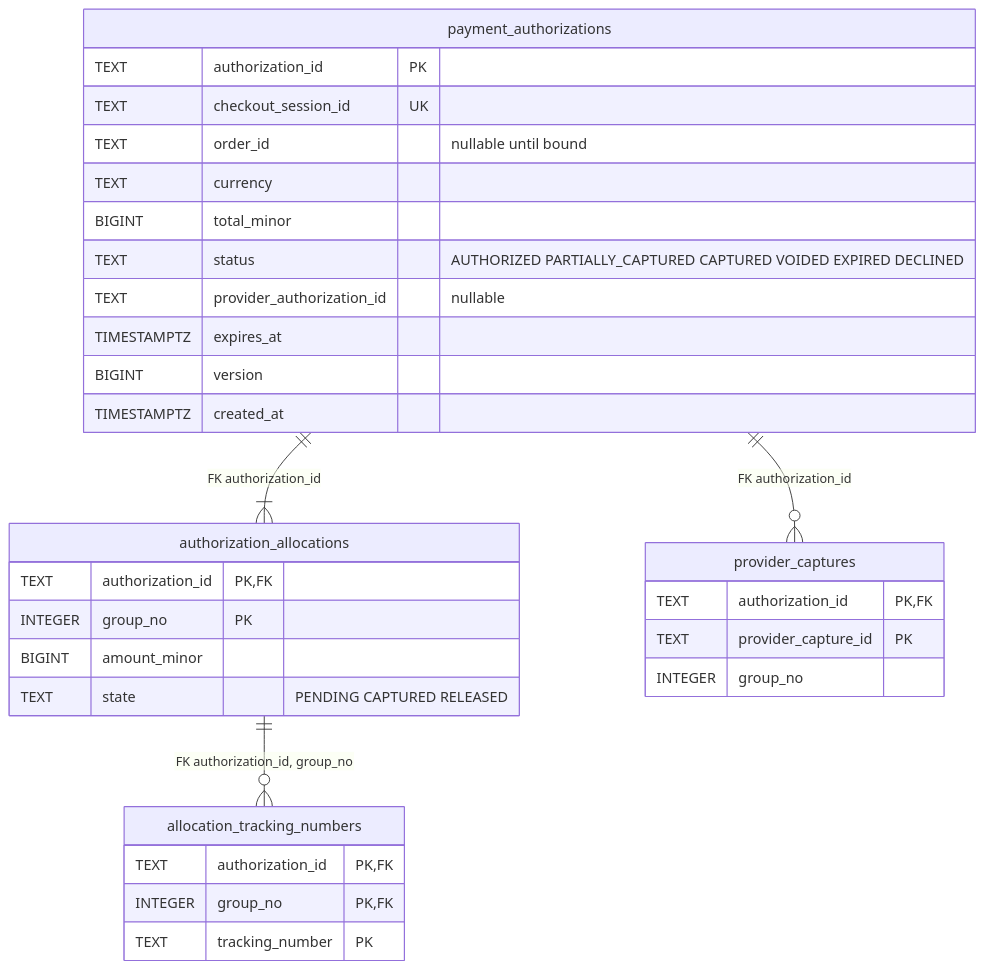
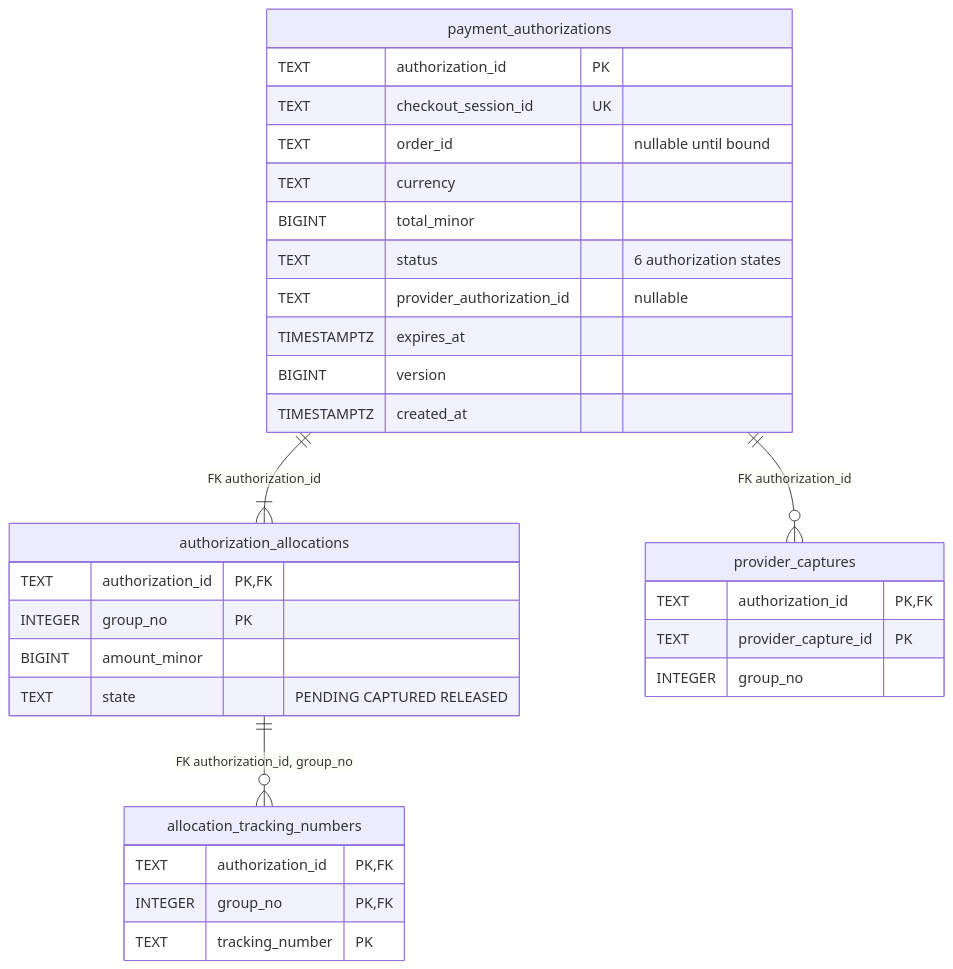
The first of 5 diagrams in storefront/docs/contexts/customer-payments/entity-relationship.md (IQVO/warehouse-docs), drawn with Mermaid before and after one commit. The commit also changed 7 other files, not shown here.

Commit message:
docs(storefront): wire customer-payments pack into sidebar and contexts index; tighten diagram widths

````diff
--- a/storefront/docs/contexts/customer-payments/entity-relationship.md
+++ b/storefront/docs/contexts/customer-payments/entity-relationship.md
@@ -26,34 +26,34 @@
 ```mermaid
 erDiagram
     payment_authorizations ||--|{ authorization_allocations : "FK authorization_id"
     authorization_allocations ||--o{ allocation_tracking_numbers : "FK authorization_id, group_no"
     payment_authorizations ||--o{ provider_captures : "FK authorization_id"
     payment_authorizations {
         TEXT authorization_id PK
         TEXT checkout_session_id UK
         TEXT order_id "nullable until bound"
         TEXT currency
         BIGINT total_minor
-        TEXT status "AUTHORIZED PARTIALLY_CAPTURED CAPTURED VOIDED EXPIRED DECLINED"
+        TEXT status "6 authorization states"
         TEXT provider_authorization_id "nullable"
         TIMESTAMPTZ expires_at
         BIGINT version
         TIMESTAMPTZ created_at
     }
     authorization_allocations {
         TEXT authorization_id PK,FK
         INTEGER group_no PK
         BIGINT amount_minor
         TEXT state "PENDING CAPTURED RELEASED"
     }
     allocation_tracking_numbers {
         TEXT authorization_id PK,FK
         INTEGER group_no PK,FK
         TEXT tracking_number PK
     }
     provider_captures {
         TEXT authorization_id PK,FK
         TEXT provider_capture_id PK
         INTEGER group_no
     }
 ```
````
